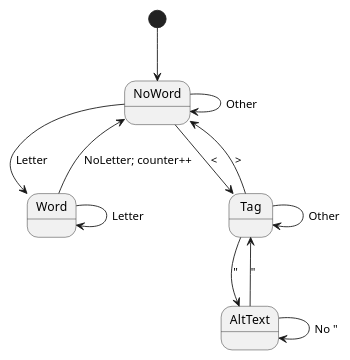
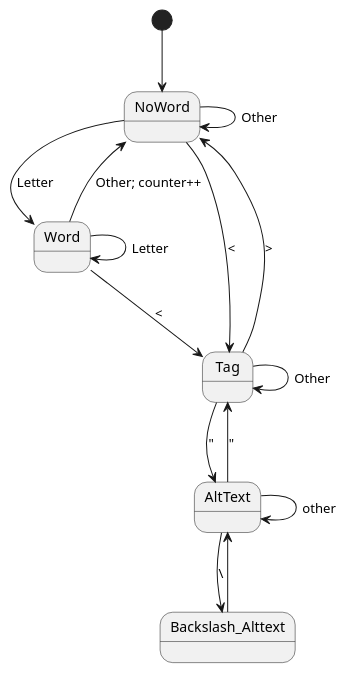
The diagram in ue02/src/secondtry/FSM_WordCount_HTML.puml (1182-25-HTL3R/1182-25-HTL3R), drawn with PlantUML before and after one commit.

Commit message:
ue02_FSM_WordCount_HTML: Überarbeitung des PlantUML Files

```diff
--- a/ue02/src/secondtry/FSM_WordCount_HTML.puml
+++ b/ue02/src/secondtry/FSM_WordCount_HTML.puml
@@ -1,15 +1,18 @@
 @startuml
 
 scale 350 width
 [*] --> NoWord
 NoWord --> Word: Letter
 NoWord --> NoWord: Other
-Word --> NoWord: NoLetter; counter++
+Word --> NoWord: Other; counter++
 Word --> Word: Letter
+Word --> Tag: <
 NoWord --> Tag: <
 Tag --> NoWord: >
 Tag --> Tag: Other
 Tag --> AltText: "
 AltText --> Tag: "
-AltText --> AltText: No "
+AltText --> AltText: other
+AltText --> Backslash_Alttext: \\
+Backslash_Alttext --> AltText
 @enduml
```
